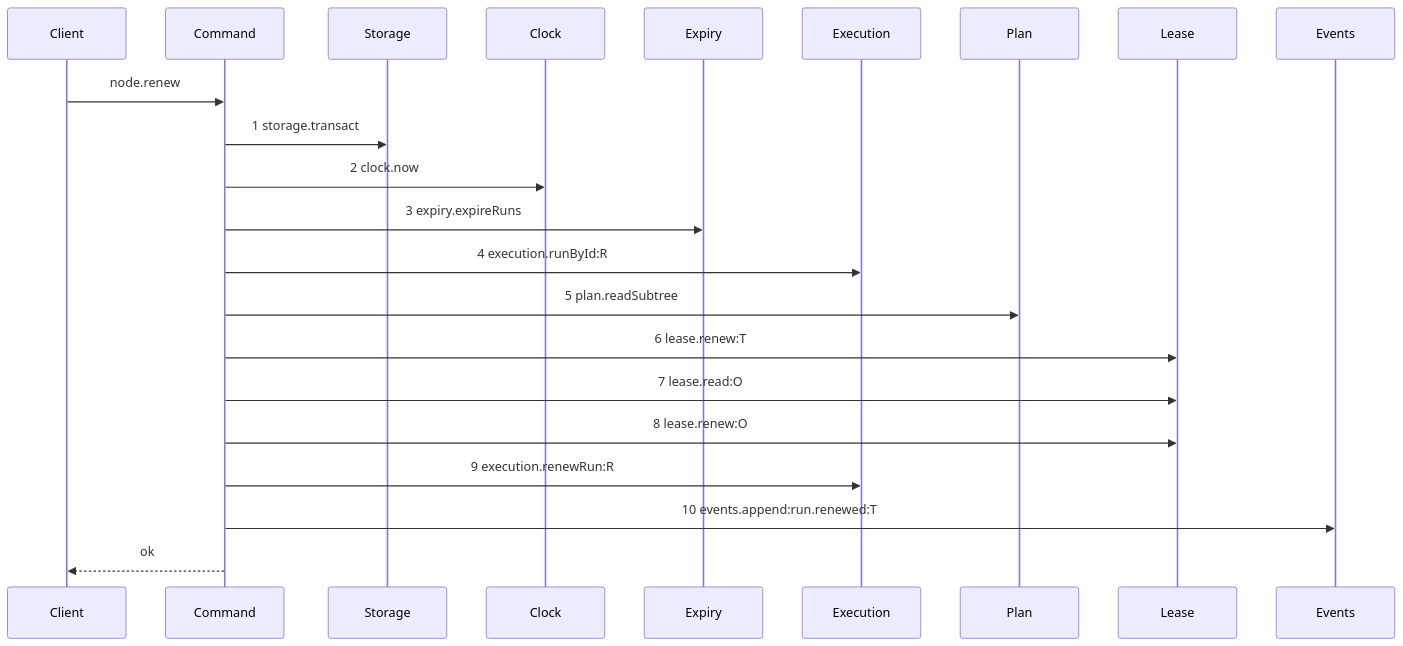
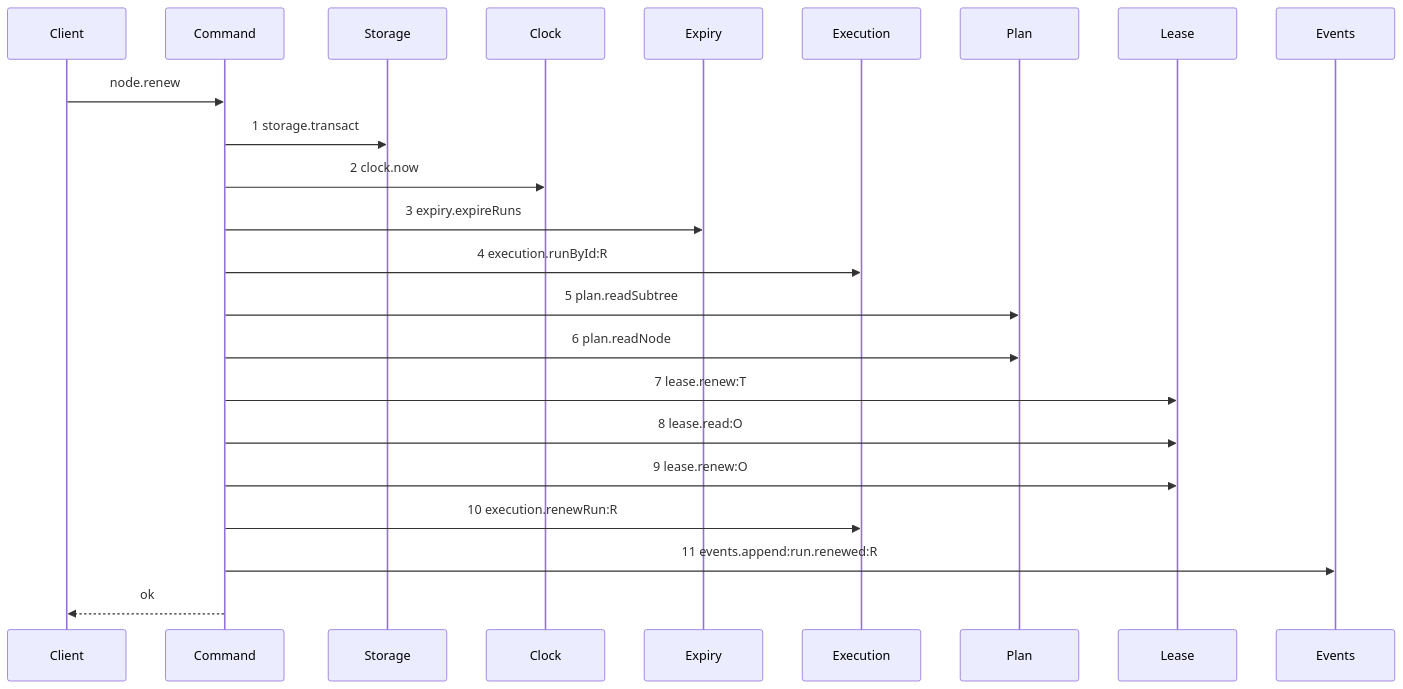
The second of 2 diagrams in .agents/plan/stories/050.2-the-run-renew-release-and-report/03-the-renew.md (kanthorlabs/kanthord-engine), drawn with Mermaid before and after one commit. The commit also changed other lines of this file and 52 other files, not shown here.

````diff
--- a/.agents/plan/stories/050.2-the-run-renew-release-and-report/03-the-renew.md
+++ b/.agents/plan/stories/050.2-the-run-renew-release-and-report/03-the-renew.md
@@ -53,24 +53,25 @@
 ```mermaid
 sequenceDiagram
     participant Client
     participant Command
     participant Storage
     participant Clock
     participant Expiry
     participant Execution
     participant Plan
     participant Lease
     participant Events
     Client->>Command: node.renew
     Command->>Storage: 1 storage.transact
     Command->>Clock: 2 clock.now
     Command->>Expiry: 3 expiry.expireRuns
     Command->>Execution: 4 execution.runById:R
     Command->>Plan: 5 plan.readSubtree
-    Command->>Lease: 6 lease.renew:T
-    Command->>Lease: 7 lease.read:O
-    Command->>Lease: 8 lease.renew:O
-    Command->>Execution: 9 execution.renewRun:R
-    Command->>Events: 10 events.append:run.renewed:T
+    Command->>Plan: 6 plan.readNode
+    Command->>Lease: 7 lease.renew:T
+    Command->>Lease: 8 lease.read:O
+    Command->>Lease: 9 lease.renew:O
+    Command->>Execution: 10 execution.renewRun:R
+    Command->>Events: 11 events.append:run.renewed:R
     Command-->>Client: ok
 ```
````
